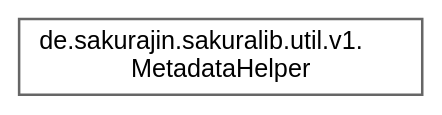
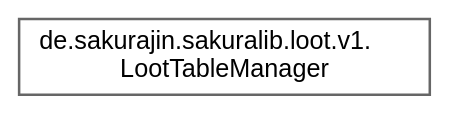
Before and after one commit to noah1510/sakura-lib: the diagram in inherit_graph_22.dot, drawn with Graphviz. The commit also changed 77 other files, not shown here.

```diff
--- a/inherit_graph_22.dot
+++ b/inherit_graph_22.dot
@@ -1,9 +1,9 @@
 digraph "Graphical Class Hierarchy"
 {
  // LATEX_PDF_SIZE
   bgcolor="transparent";
   edge [fontname=Helvetica,fontsize=10,labelfontname=Helvetica,labelfontsize=10];
   node [fontname=Helvetica,fontsize=10,shape=box,height=0.2,width=0.4];
   rankdir="LR";
-  Node0 [label="de.sakurajin.sakuralib.util.v1.\lMetadataHelper",height=0.2,width=0.4,color="grey40", fillcolor="white", style="filled",URL="$classde_1_1sakurajin_1_1sakuralib_1_1util_1_1v1_1_1MetadataHelper.html",tooltip=" "];
+  Node0 [label="de.sakurajin.sakuralib.loot.v1.\lLootTableManager",height=0.2,width=0.4,color="grey40", fillcolor="white", style="filled",URL="$classde_1_1sakurajin_1_1sakuralib_1_1loot_1_1v1_1_1LootTableManager.html",tooltip="This class is used to inject data into loot tables."];
 }
```
